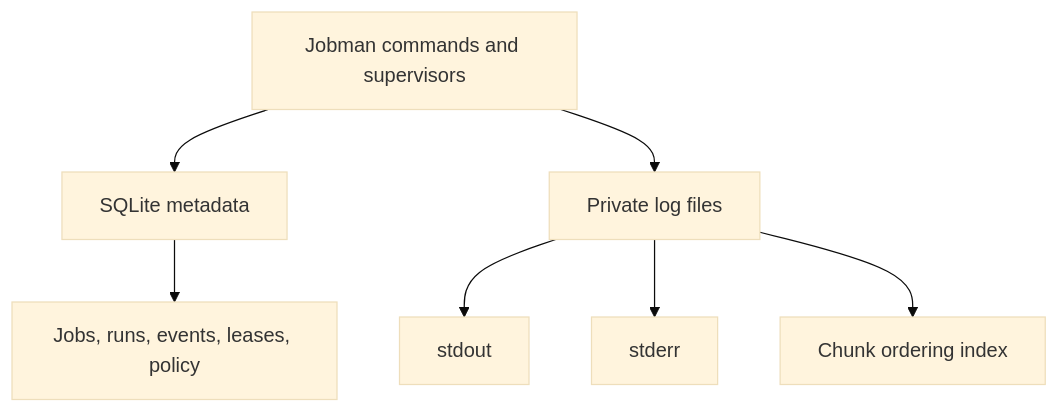
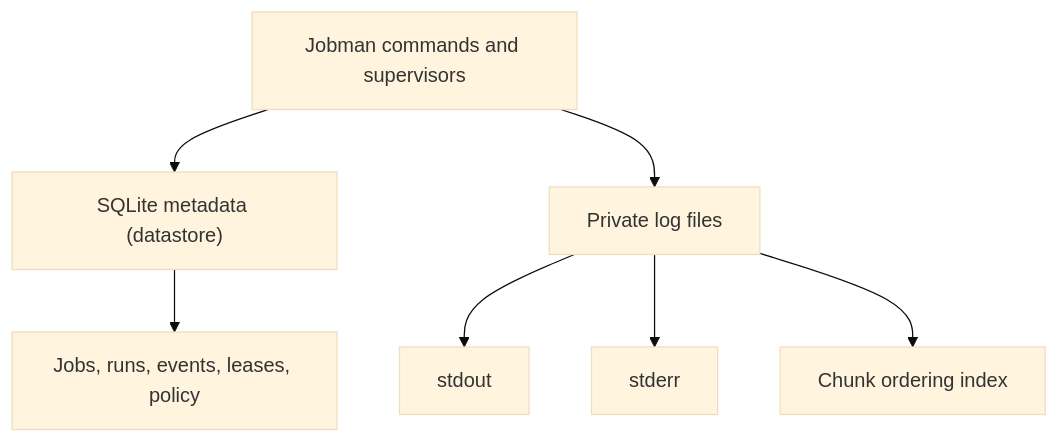
One commit to ryancswallace/ryancswallace.dev changed the third of 3 diagrams in src/data/blog/jobman-reliable-background-jobs-without-a-daemon.md. Above: the diagram before and after it, drawn with Mermaid (base theme). The commit also changed other lines of this file, not shown here.

Commit message:
style: adjust wording in Jobman tech intro article

```diff
--- a/src/data/blog/jobman-reliable-background-jobs-without-a-daemon.md
+++ b/src/data/blog/jobman-reliable-background-jobs-without-a-daemon.md
@@ -197,9 +172,9 @@
 <div class="mermaid">
 flowchart TB
-    J["Jobman commands and supervisors"] --> DB["SQLite metadata"]
+    J["Jobman commands and supervisors"] --> DB["SQLite metadata (datastore)"]
     J --> FS["Private log files"]
     DB --> M["Jobs, runs, events, leases, policy"]
     FS --> O["stdout"]
     FS --> E["stderr"]
     FS --> I["Chunk ordering index"]
 </div>
```
